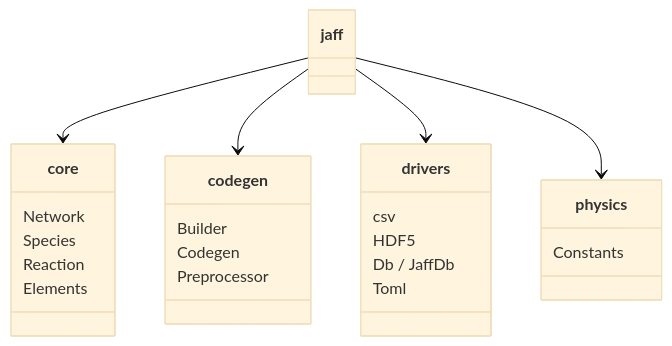
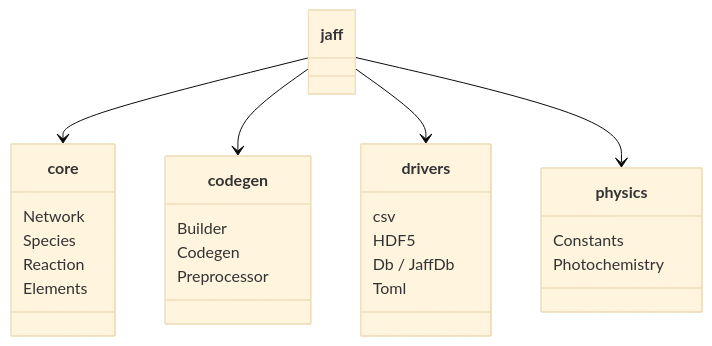
The diagram in docs/api/index.md (tgrassi/jaff), drawn with Mermaid (base theme) before and after one commit. The commit also changed other lines of this file and 57 other files, not shown here.

````diff
--- a/docs/api/index.md
+++ b/docs/api/index.md
@@ -46,27 +46,28 @@
 ```mermaid
 classDiagram
     class core {
         Network
         Species
         Reaction
         Elements
     }
     class codegen {
         Builder
         Codegen
         Preprocessor
     }
     class drivers {
         csv
         HDF5
         Db / JaffDb
         Toml
     }
     class physics {
         Constants
+        Photochemistry
     }
     jaff --> core
     jaff --> codegen
     jaff --> drivers
     jaff --> physics
 ```
````
